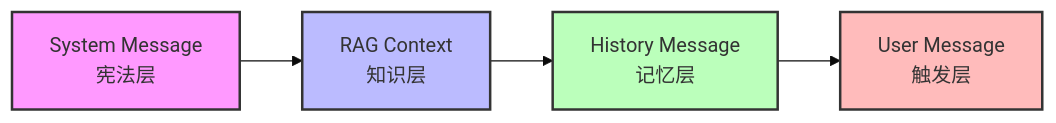
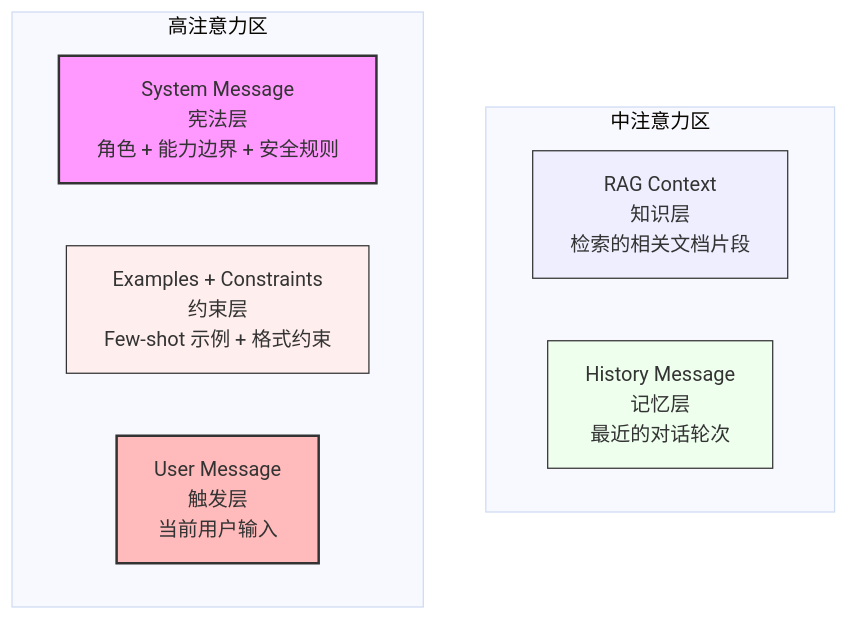
The second of 2 diagrams in 02_Agent开发指南_核心交互_Context和Prompt管理.md (fortuneyan/Agent-Developing-Bible), drawn with Mermaid (base theme) before and after one commit. The commit also changed other lines of this file and 30 other files, not shown here.

````diff
--- a/02_Agent开发指南_核心交互_Context和Prompt管理.md
+++ b/02_Agent开发指南_核心交互_Context和Prompt管理.md
@@ -83,11 +62,20 @@
 ```mermaid
-graph LR
-S[System Message<br>宪法层] --> R[RAG Context<br>知识层]
-R --> H[History Message<br>记忆层]
-H --> U[User Message<br>触发层]
-style S fill:#f9f,stroke:#333,stroke-width:2px
-style R fill:#bbf,stroke:#333,stroke-width:2px
-style H fill:#bfb,stroke:#333,stroke-width:2px
-style U fill:#fbb,stroke:#333,stroke-width:2px
+graph TB
+    subgraph "高注意力区"
+        S[System Message<br/>宪法层<br/>角色 + 能力边界 + 安全规则]
+    end
+    subgraph "中注意力区"
+        R[RAG Context<br/>知识层<br/>检索的相关文档片段]
+        H[History Message<br/>记忆层<br/>最近的对话轮次]
+    end
+    subgraph "高注意力区"
+        E[Examples + Constraints<br/>约束层<br/>Few-shot 示例 + 格式约束]
+        U[User Message<br/>触发层<br/>当前用户输入]
+    end
 
+    style S fill:#f9f,stroke:#333,stroke-width:2px
+    style R fill:#eef,stroke:#333
+    style H fill:#efe,stroke:#333
+    style E fill:#fee,stroke:#333
+    style U fill:#fbb,stroke:#333,stroke-width:2px
 ```
````
